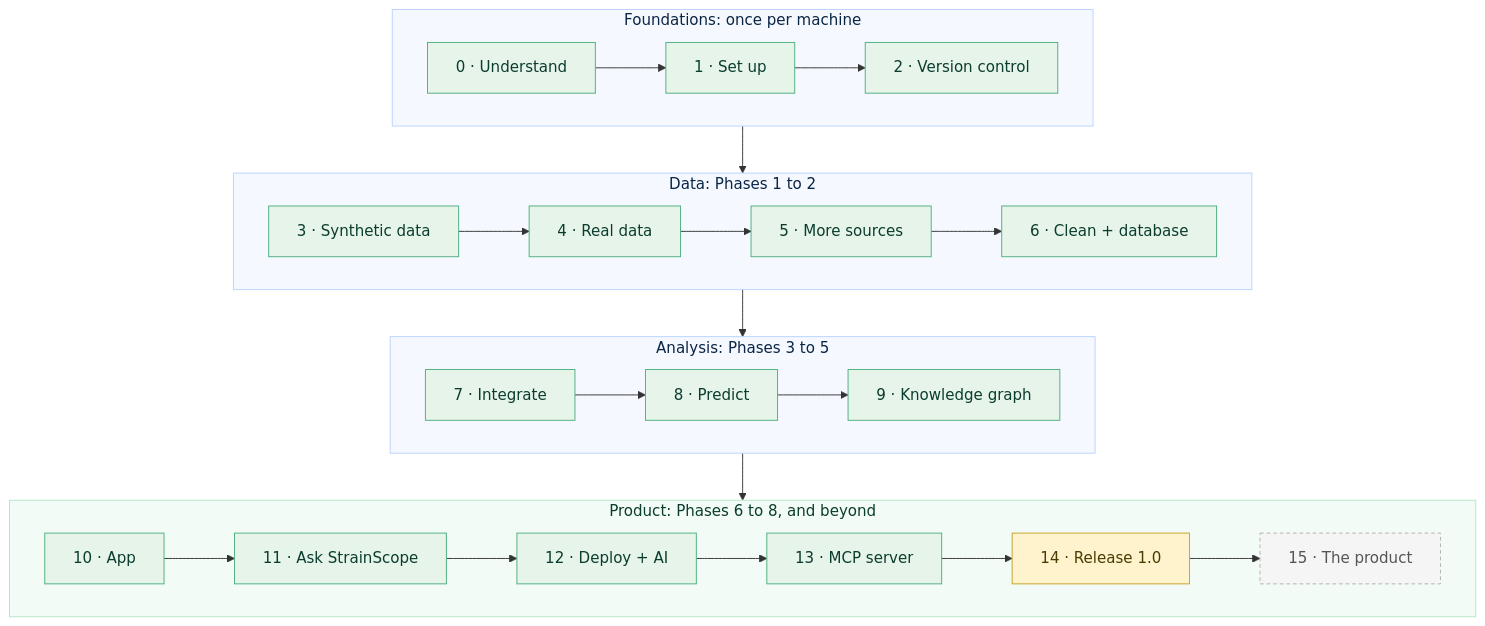
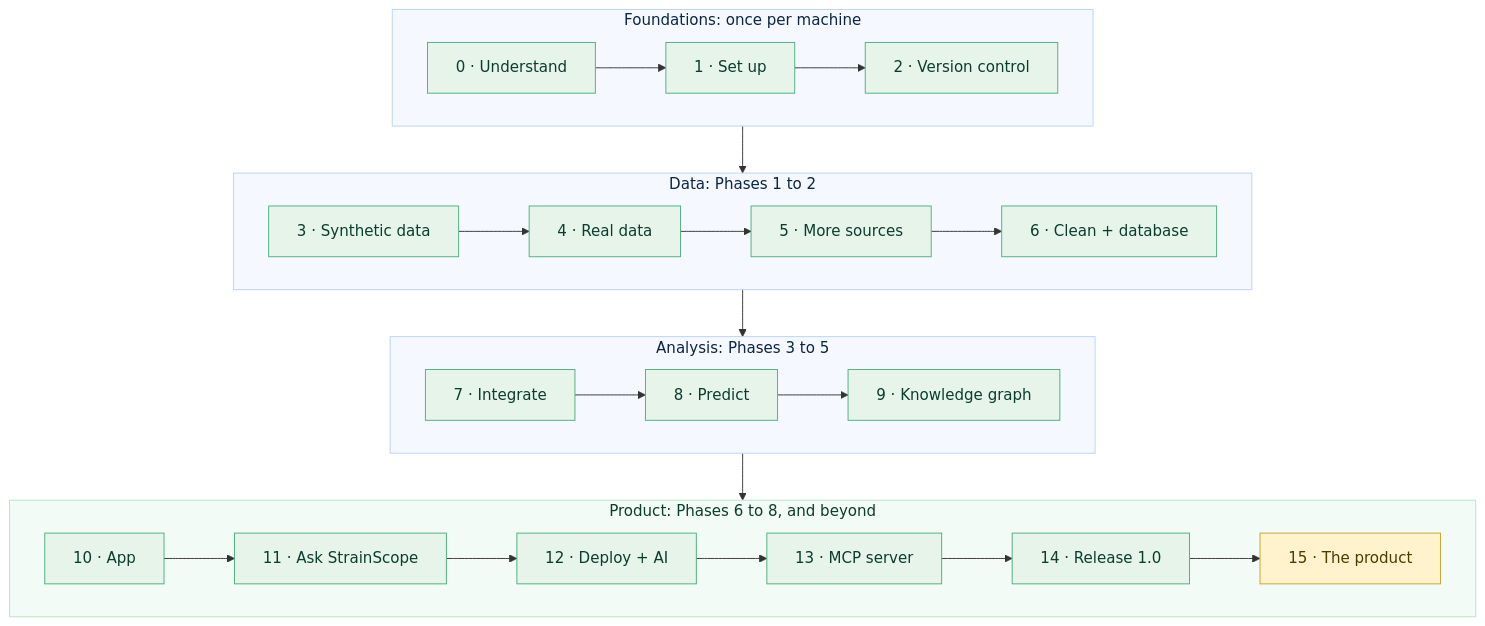
The first of 4 diagrams in docs/HANDBOOK.md (akannan2987/strainscope), drawn with Mermaid before and after one commit. The commit also changed other lines of this file and 86 other files, not shown here.

````diff
--- a/docs/HANDBOOK.md
+++ b/docs/HANDBOOK.md
@@ -44,31 +44,30 @@
 ```mermaid
 flowchart TB
     subgraph FOUND["Foundations: once per machine"]
         direction LR
         S0["0 · Understand"] --> S1["1 · Set up"] --> S2["2 · Version control"]
     end
     subgraph DATA["Data: Phases 1 to 2"]
         direction LR
         S3["3 · Synthetic data"] --> S4["4 · Real data"] --> S5["5 · More sources"] --> S6["6 · Clean + database"]
     end
     subgraph ANALYSIS["Analysis: Phases 3 to 5"]
         direction LR
         S7["7 · Integrate"] --> S8["8 · Predict"] --> S9["9 · Knowledge graph"]
     end
     subgraph PRODUCT["Product: Phases 6 to 8, and beyond"]
         direction LR
         S10["10 · App"] --> S11["11 · Ask StrainScope"] --> S12["12 · Deploy + AI"] --> S13["13 · MCP server"] --> S14["14 · Release 1.0"] --> S15["15 · The product"]
     end
     FOUND --> DATA --> ANALYSIS --> PRODUCT
 
     classDef done fill:#E6F4EA,stroke:#4CAF7D,color:#0B3D2E;
     classDef next fill:#FFF3CD,stroke:#C9A227,color:#4A3B00;
     classDef later fill:#F5F5F5,stroke:#B0B0B0,color:#555555,stroke-dasharray:4 3;
-    class S0,S1,S2,S3,S4,S5,S6,S7,S8,S9,S10,S11,S12,S13 done
-    class S14 next
-    class S15 later
+    class S0,S1,S2,S3,S4,S5,S6,S7,S8,S9,S10,S11,S12,S13,S14 done
+    class S15 next
     style FOUND fill:#F5F9FF,stroke:#B9D2FF,color:#0B2545
     style DATA fill:#F5F9FF,stroke:#B9D2FF,color:#0B2545
     style ANALYSIS fill:#F5F9FF,stroke:#B9D2FF,color:#0B2545
     style PRODUCT fill:#F2FBF5,stroke:#B7E4C7,color:#0B3D2E
 ```
````
